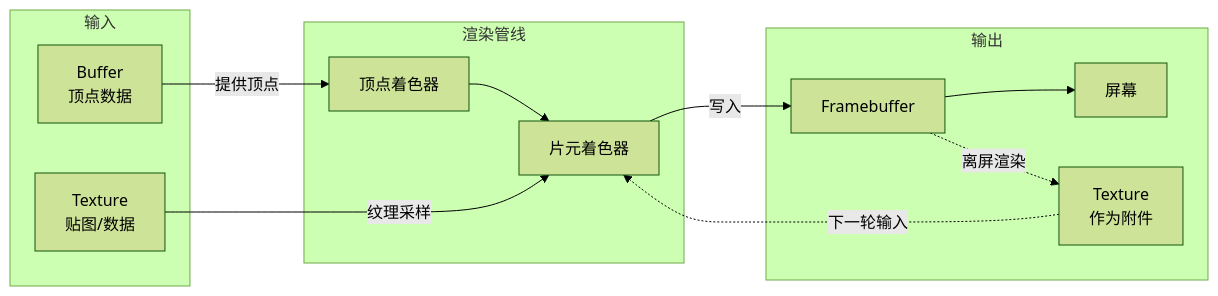
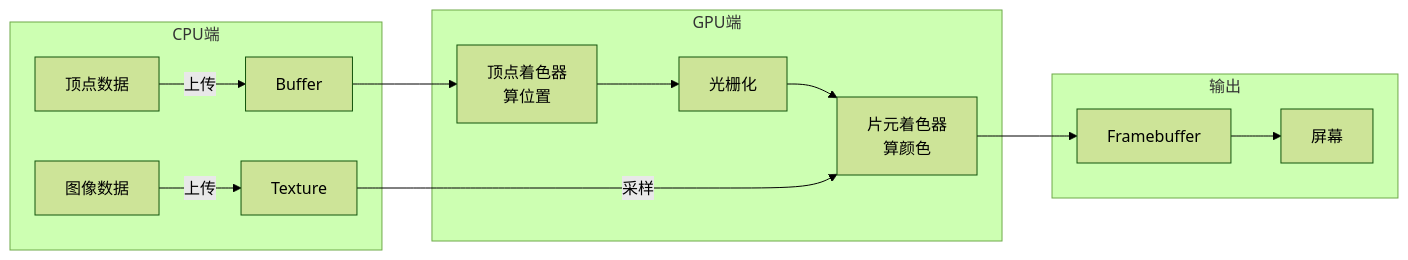
Before and after one commit to chenmijiang/L7: the first of 6 diagrams in person-docs/webgl-fundamentals.md, drawn with Mermaid (forest theme). The commit also changed other lines of this file, not shown here.

````diff
--- a/person-docs/webgl-fundamentals.md
+++ b/person-docs/webgl-fundamentals.md
@@ -228,26 +34,19 @@
 ```mermaid
 flowchart LR
-    subgraph 输入
-        B[Buffer<br/>顶点数据]
-        T1[Texture<br/>贴图/数据]
+    subgraph CPU端
+        A[顶点数据] -->|上传| B[Buffer]
+        C[图像数据] -->|上传| T[Texture]
     end
 
-    subgraph 渲染管线
-        VS[顶点着色器]
-        FS[片元着色器]
+    subgraph GPU端
+        B --> VS[顶点着色器<br/>算位置]
+        VS --> RS[光栅化]
+        RS --> FS[片元着色器<br/>算颜色]
+        T -->|采样| FS
     end
 
     subgraph 输出
-        FB[Framebuffer]
-        T2[Texture<br/>作为附件]
-        Screen[屏幕]
+        FS --> FB[Framebuffer]
+        FB --> Screen[屏幕]
     end
-
-    B -->|提供顶点| VS
-    VS --> FS
-    T1 -->|纹理采样| FS
-    FS -->|写入| FB
-    FB --> Screen
-    FB -.->|离屏渲染| T2
-    T2 -.->|下一轮输入| FS
 ```
````
